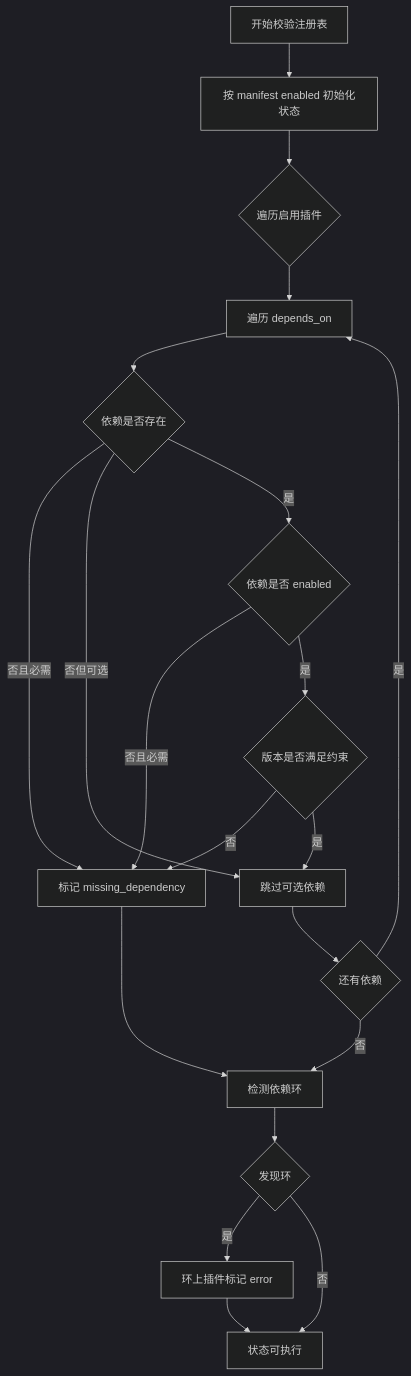
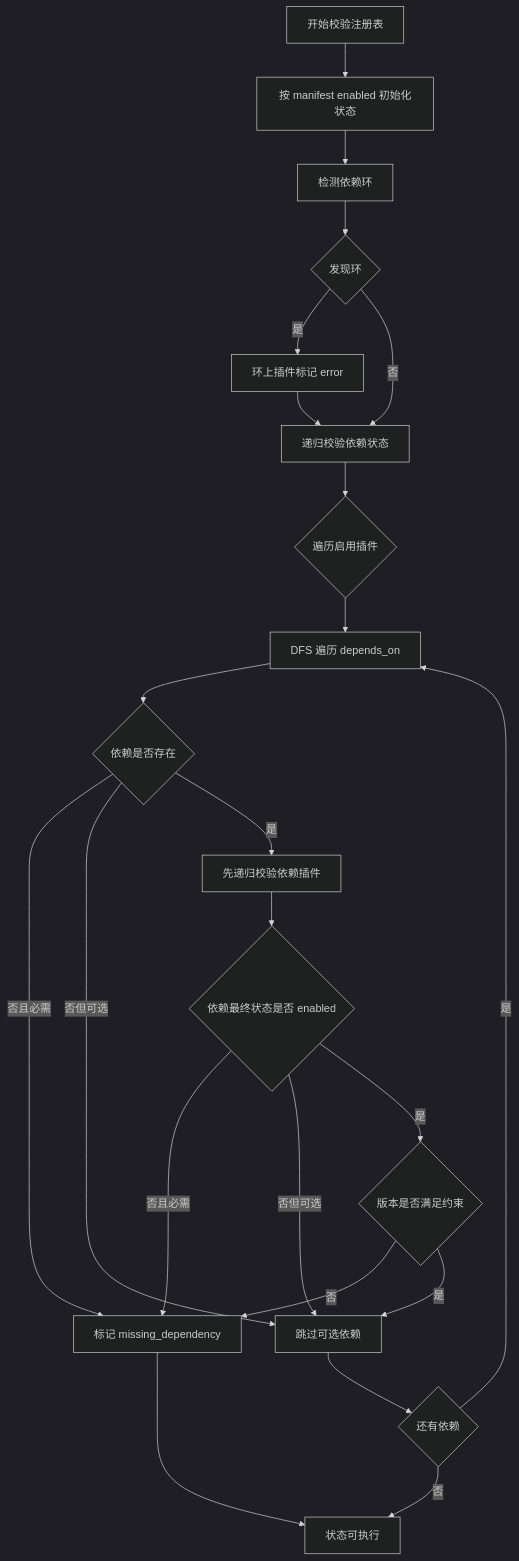
The sixth of 12 diagrams in docs/architecture.md (xinyuan-js/Sentipulse_Exam), drawn with Mermaid (dark theme) before and after one commit. The commit also changed 4 other files, not shown here.

````diff
--- a/docs/architecture.md
+++ b/docs/architecture.md
@@ -196,22 +196,25 @@
 ```mermaid
 flowchart TD
     Start[开始校验注册表] --> Init[按 manifest enabled 初始化状态]
-    Init --> CheckPlugin{遍历启用插件}
-    CheckPlugin --> CheckDeps[遍历 depends_on]
+    Init --> Cycle[检测依赖环]
+    Cycle --> HasCycle{发现环}
+    HasCycle -->|是| MarkError[环上插件标记 error]
+    HasCycle -->|否| RecursiveCheck[递归校验依赖状态]
+    MarkError --> RecursiveCheck
+    RecursiveCheck --> CheckPlugin{遍历启用插件}
+    CheckPlugin --> CheckDeps[DFS 遍历 depends_on]
     CheckDeps --> Exists{依赖是否存在}
     Exists -->|否且必需| Missing[标记 missing_dependency]
     Exists -->|否但可选| NextDep[跳过可选依赖]
-    Exists -->|是| DepEnabled{依赖是否 enabled}
+    Exists -->|是| ValidateDep[先递归校验依赖插件]
+    ValidateDep --> DepEnabled{依赖最终状态是否 enabled}
     DepEnabled -->|否且必需| Missing
+    DepEnabled -->|否但可选| NextDep
     DepEnabled -->|是| Version{版本是否满足约束}
     Version -->|否| Missing
     Version -->|是| NextDep
     NextDep --> MoreDeps{还有依赖}
     MoreDeps -->|是| CheckDeps
-    MoreDeps -->|否| Cycle[检测依赖环]
-    Cycle --> HasCycle{发现环}
-    HasCycle -->|是| MarkError[环上插件标记 error]
-    HasCycle -->|否| Ready[状态可执行]
-    Missing --> Cycle
-    MarkError --> Ready
+    MoreDeps -->|否| Ready[状态可执行]
+    Missing --> Ready
 ```
````
